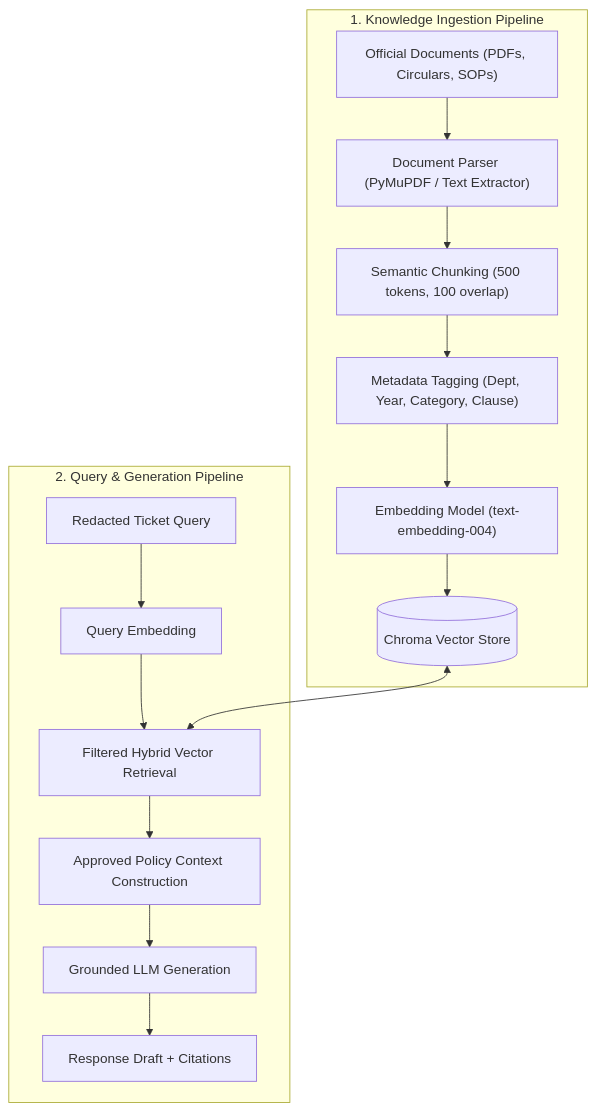
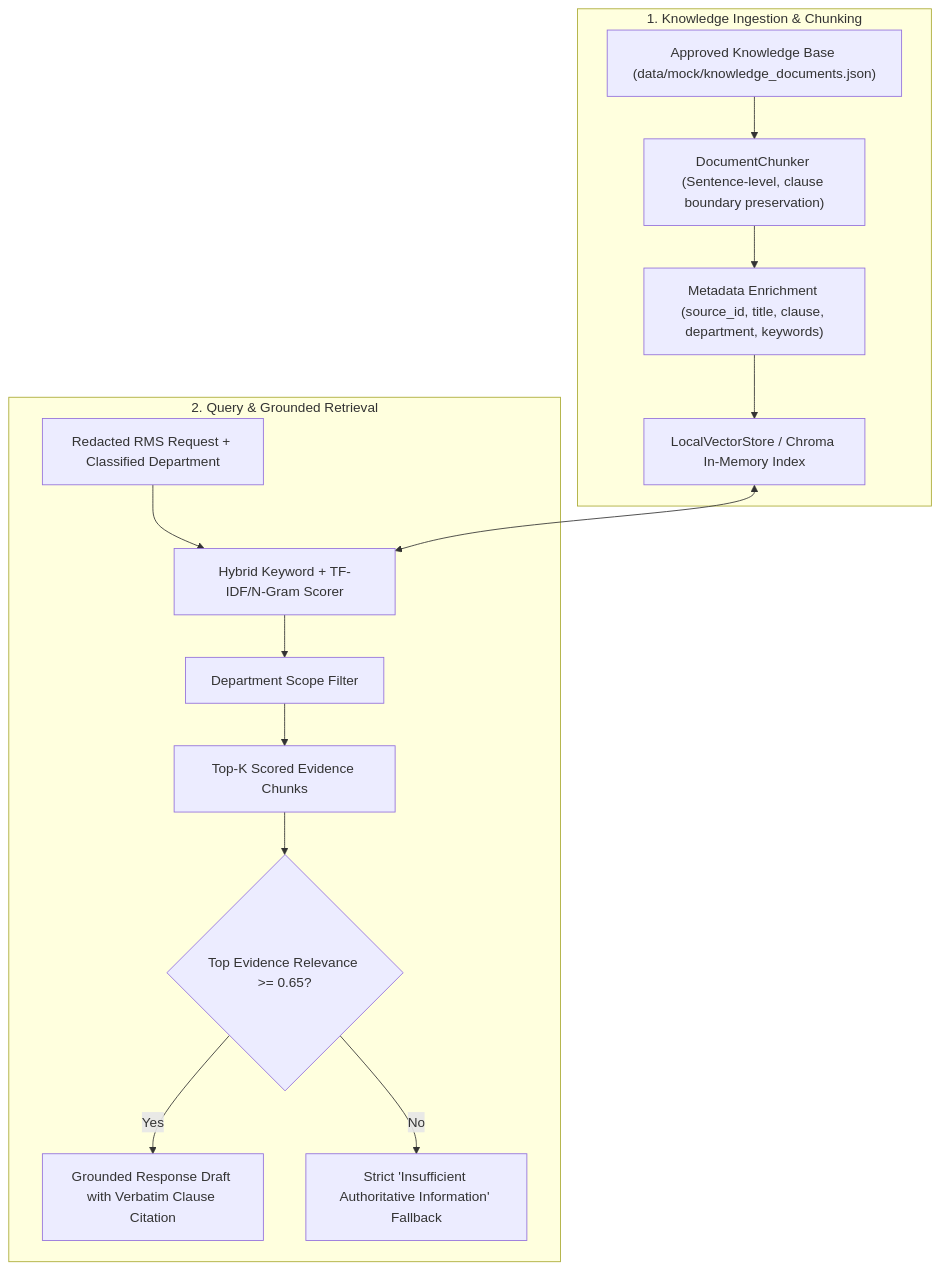
The diagram in docs/architecture/rag-architecture.md (harshilsetty/Smart-RMS), drawn with Mermaid before and after one commit. The commit also changed other lines of this file and 56 other files, not shown here.

````diff
--- a/docs/architecture/rag-architecture.md
+++ b/docs/architecture/rag-architecture.md
@@ -15,25 +19,25 @@
 ```mermaid
 flowchart TD
-    subgraph Ingestion["1. Knowledge Ingestion Pipeline"]
-        Raw["Official Documents (PDFs, Circulars, SOPs)"]
-        Parser["Document Parser (PyMuPDF / Text Extractor)"]
-        Chunker["Semantic Chunking (500 tokens, 100 overlap)"]
-        Meta["Metadata Tagging (Dept, Year, Category, Clause)"]
-        Embed["Embedding Model (text-embedding-004)"]
-        VDB[("Chroma Vector Store")]
-        Raw --> Parser --> Chunker --> Meta --> Embed --> VDB
+    subgraph Ingestion["1. Knowledge Ingestion & Chunking"]
+        Raw["Approved Knowledge Base (data/mock/knowledge_documents.json)"]
+        Chunker["DocumentChunker (Sentence-level, clause boundary preservation)"]
+        Meta["Metadata Enrichment (source_id, title, clause, department, keywords)"]
+        Index["LocalVectorStore / Chroma In-Memory Index"]
+        Raw --> Chunker --> Meta --> Index
     end
 
-    subgraph QueryPipeline["2. Query & Generation Pipeline"]
-        Query["Redacted Ticket Query"]
-        QEmbed["Query Embedding"]
-        Retriever["Filtered Hybrid Vector Retrieval"]
-        Context["Approved Policy Context Construction"]
-        LLM["Grounded LLM Generation"]
-        Draft["Response Draft + Citations"]
+    subgraph QueryPipeline["2. Query & Grounded Retrieval"]
+        Query["Redacted RMS Request + Classified Department"]
+        Matcher["Hybrid Keyword + TF-IDF/N-Gram Scorer"]
+        Filter["Department Scope Filter"]
+        TopK["Top-K Scored Evidence Chunks"]
+        Guard{"Top Evidence Relevance >= 0.65?"}
+        Draft["Grounded Response Draft with Verbatim Clause Citation"]
+        Fallback["Strict 'Insufficient Authoritative Information' Fallback"]
 
-        Query --> QEmbed --> Retriever
-        VDB <--> Retriever
-        Retriever --> Context --> LLM --> Draft
+        Query --> Matcher --> Filter --> TopK --> Guard
+        Index <--> Matcher
+        Guard -- Yes --> Draft
+        Guard -- No --> Fallback
     end
 ```
````
